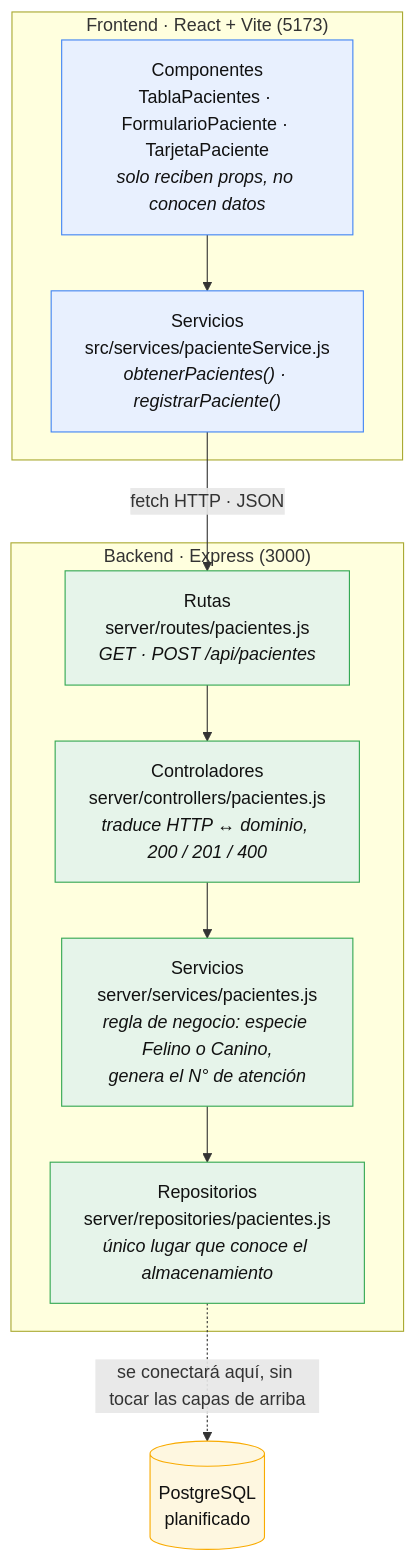
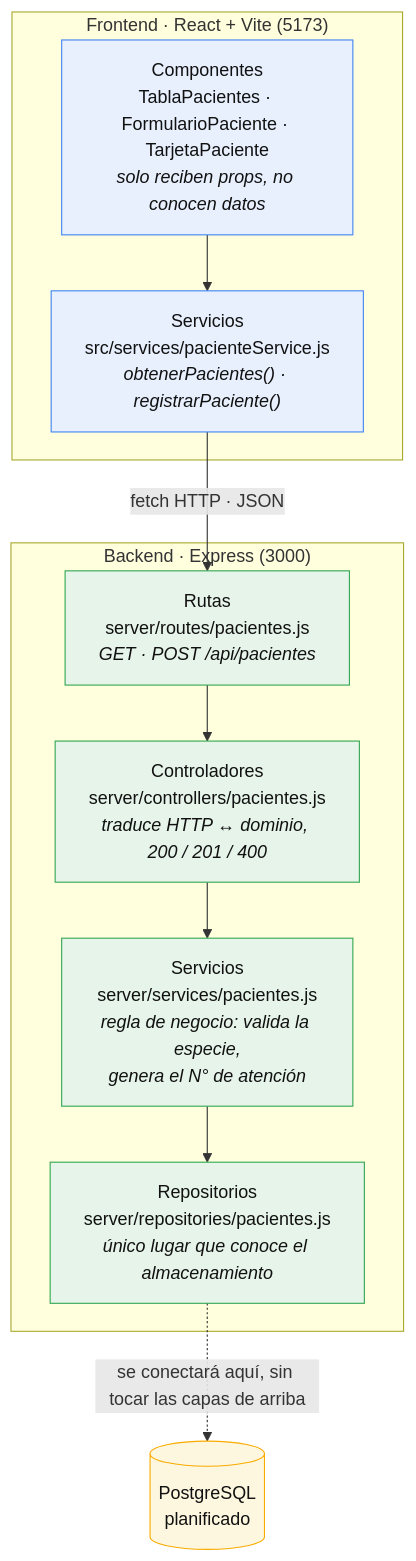
The diagram in README.md (Bryan05U/vetChiloe), drawn with Mermaid before and after one commit. The commit also changed other lines of this file, not shown here.

````diff
--- a/README.md
+++ b/README.md
@@ -18,26 +18,26 @@
 ```mermaid
 flowchart TD
     subgraph FE["Frontend · React + Vite (5173)"]
         COMP["Componentes<br/>TablaPacientes · FormularioPaciente · TarjetaPaciente<br/><i>solo reciben props, no conocen datos</i>"]
         SVC["Servicios<br/>src/services/pacienteService.js<br/><i>obtenerPacientes() · registrarPaciente()</i>"]
         COMP --> SVC
     end
 
     subgraph BE["Backend · Express (3000)"]
         RUT["Rutas<br/>server/routes/pacientes.js<br/><i>GET · POST /api/pacientes</i>"]
         CTL["Controladores<br/>server/controllers/pacientes.js<br/><i>traduce HTTP ↔ dominio, 200 / 201 / 400</i>"]
-        SRV["Servicios<br/>server/services/pacientes.js<br/><i>regla de negocio: especie Felino o Canino,<br/>genera el N° de atención</i>"]
+        SRV["Servicios<br/>server/services/pacientes.js<br/><i>regla de negocio: valida la especie,<br/>genera el N° de atención</i>"]
         REP["Repositorios<br/>server/repositories/pacientes.js<br/><i>único lugar que conoce el almacenamiento</i>"]
         RUT --> CTL --> SRV --> REP
     end
 
     SVC -->|"fetch HTTP · JSON"| RUT
     REP -.->|"se conectará aquí, sin tocar las capas de arriba"| PG[("PostgreSQL<br/>planificado")]
 
     classDef fe fill:#e8f0fe,stroke:#4285f4,color:#111
     classDef be fill:#e6f4ea,stroke:#34a853,color:#111
     classDef db fill:#fef7e0,stroke:#f9ab00,color:#111
     class COMP,SVC fe
     class RUT,CTL,SRV,REP be
     class PG db
 ```
````
